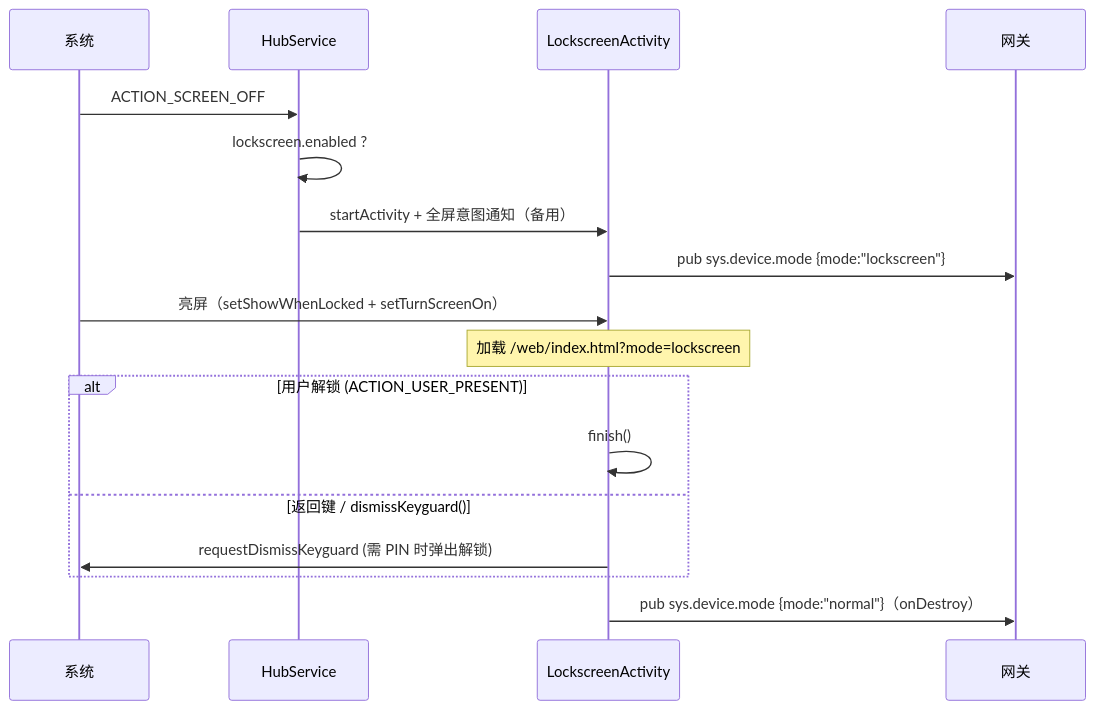
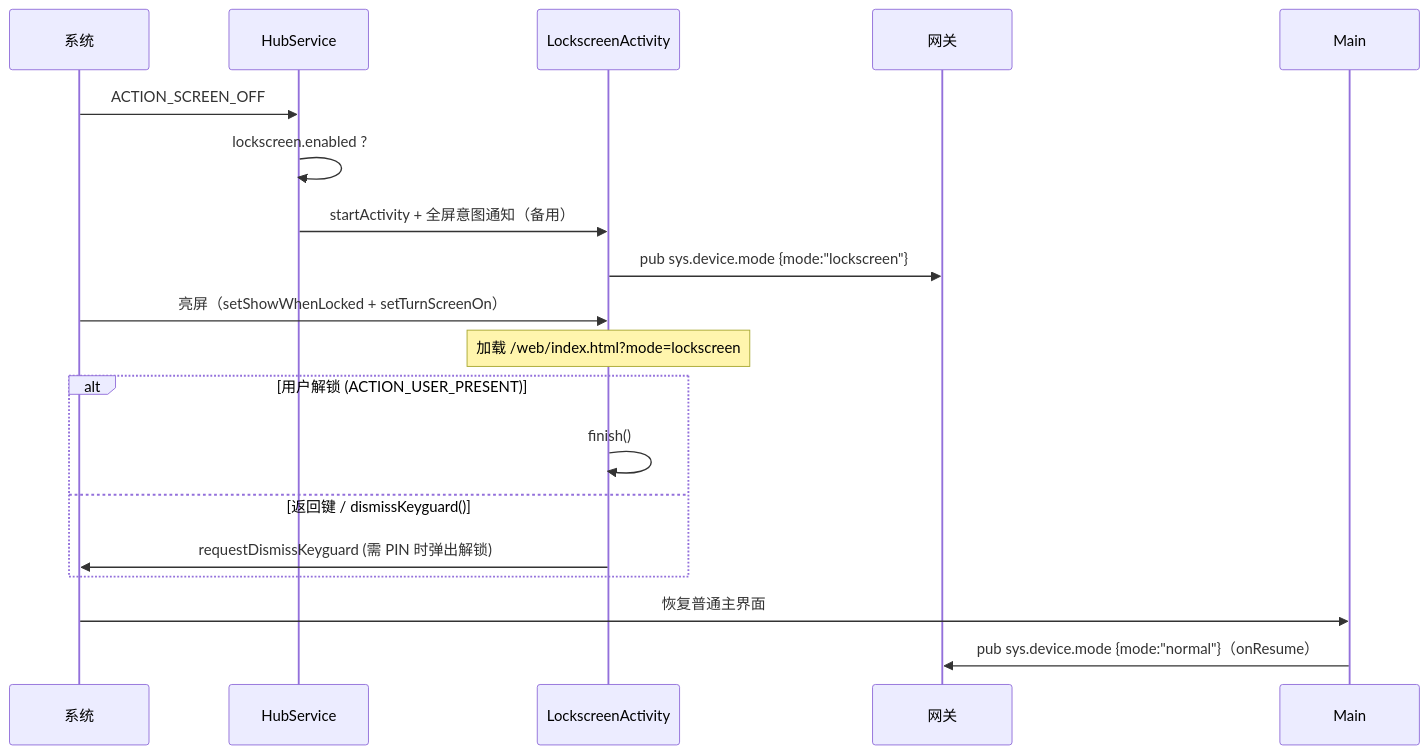
Before and after one commit to sdyzjx/open-yachiyo: the diagram in docs/features/FEAT-android-launcher-lockscreen.md, drawn with Mermaid. The commit also changed other lines of this file and 8 other files, not shown here.

````diff
--- a/docs/features/FEAT-android-launcher-lockscreen.md
+++ b/docs/features/FEAT-android-launcher-lockscreen.md
@@ -25,19 +25,20 @@
 ```mermaid
 sequenceDiagram
   participant S as 系统
   participant SVC as HubService
   participant LA as LockscreenActivity
   participant GW as 网关
   S->>SVC: ACTION_SCREEN_OFF
   SVC->>SVC: lockscreen.enabled ?
   SVC->>LA: startActivity + 全屏意图通知（备用）
   LA->>GW: pub sys.device.mode {mode:"lockscreen"}
   S->>LA: 亮屏（setShowWhenLocked + setTurnScreenOn）
   Note over LA: 加载 /web/index.html?mode=lockscreen
   alt 用户解锁 (ACTION_USER_PRESENT)
     LA->>LA: finish()
   else 返回键 / dismissKeyguard()
     LA->>S: requestDismissKeyguard (需 PIN 时弹出解锁)
   end
-  LA->>GW: pub sys.device.mode {mode:"normal"}（onDestroy）
+  S->>Main: 恢复普通主界面
+  Main->>GW: pub sys.device.mode {mode:"normal"}（onResume）
 ```
````
